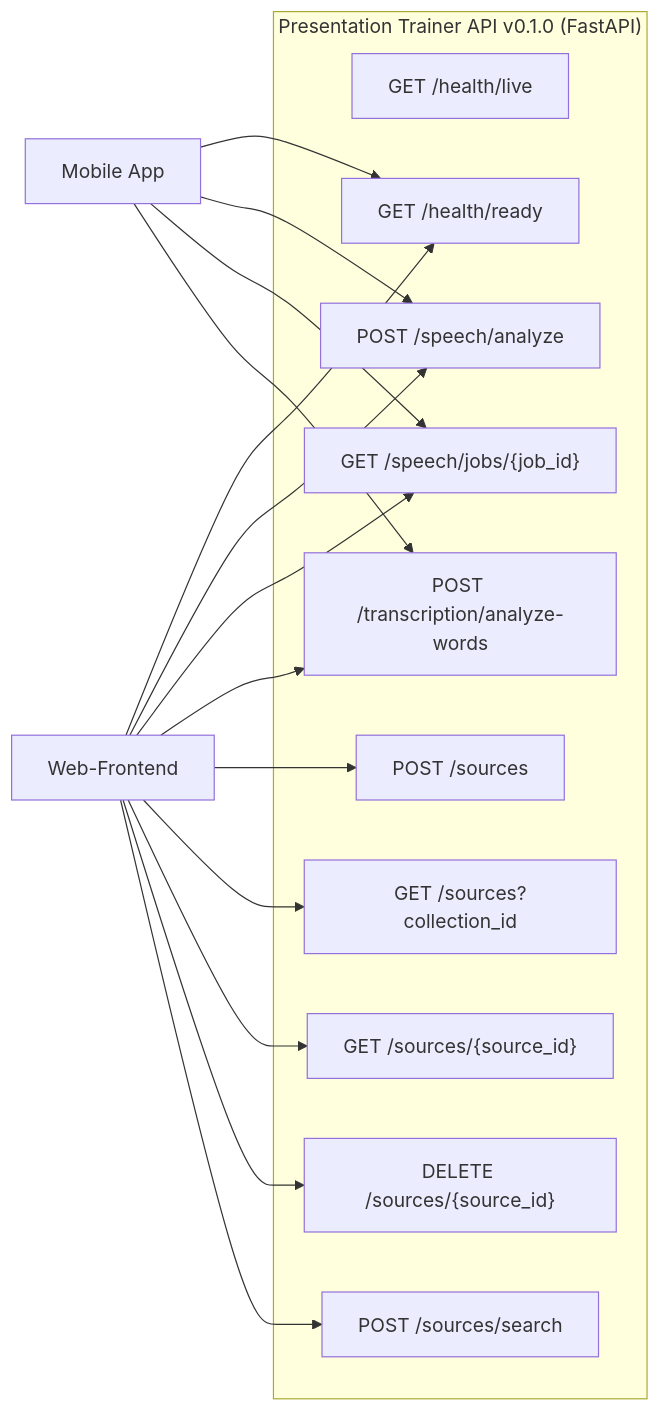
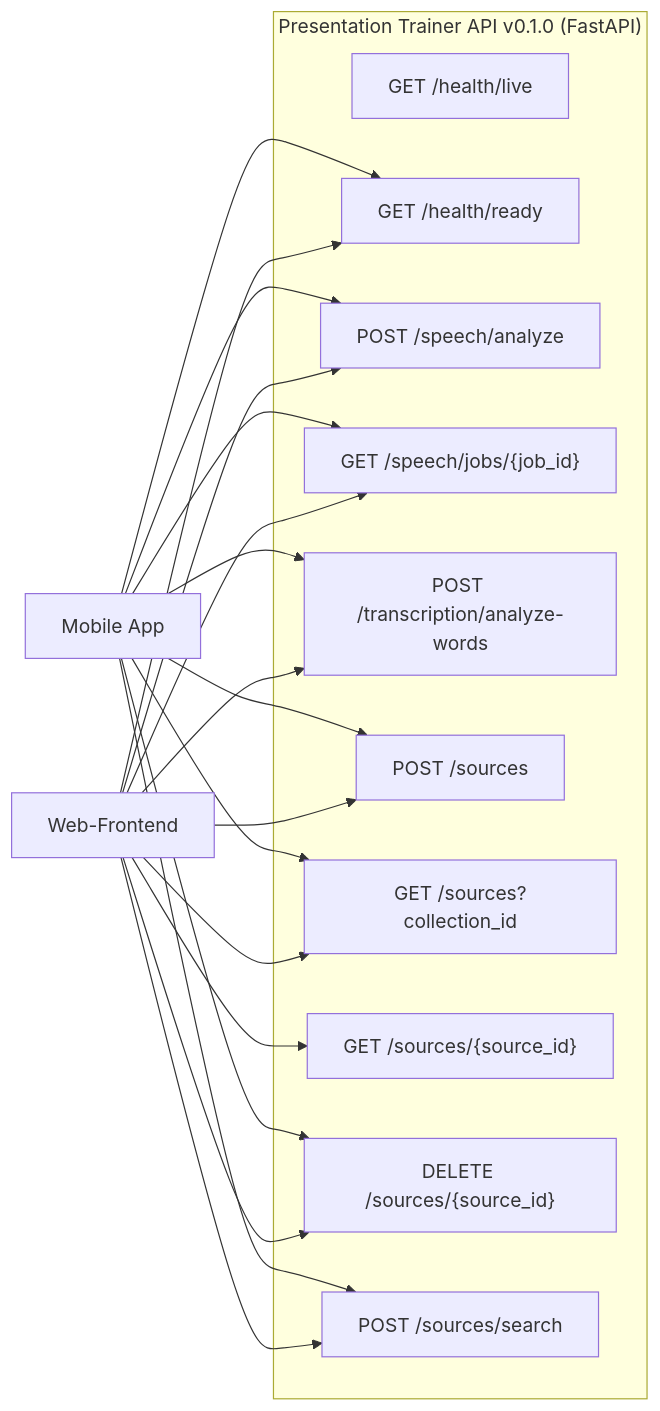
One commit to johannes3502/hackathon-fulda changed the ninth of 9 diagrams in docs/03-architecture.md. Above: the diagram before and after it, drawn with Mermaid. The commit also changed other lines of this file and 34 other files, not shown here.

Commit message:
Integrate web source, practice and pose flows into native app

````diff
--- a/docs/03-architecture.md
+++ b/docs/03-architecture.md
@@ -271,18 +277,18 @@
 ```mermaid
 flowchart LR
     subgraph API["Presentation Trainer API v0.1.0 (FastAPI)"]
         H1["GET /health/live"]
         H2["GET /health/ready"]
         S1["POST /speech/analyze"]
         S2["GET /speech/jobs/{job_id}"]
         T1["POST /transcription/analyze-words"]
         R1["POST /sources"]
         R2["GET /sources?collection_id"]
         R3["GET /sources/{source_id}"]
         R4["DELETE /sources/{source_id}"]
         R5["POST /sources/search"]
     end
 
     WEBF["Web-Frontend"] --> H2 & S1 & S2 & T1 & R1 & R2 & R3 & R4 & R5
-    MOB["Mobile App"] --> H2 & S1 & S2 & T1
+    MOB["Mobile App"] --> H2 & S1 & S2 & T1 & R1 & R2 & R4 & R5
 ```
````
